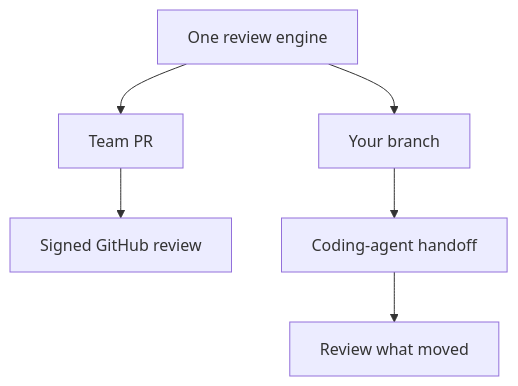
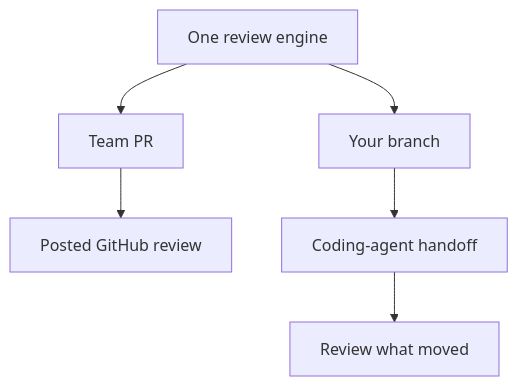
The second of 2 diagrams in docs/src/content/docs/using/guide/getting-started.md (rbutera/Rennet), drawn with Mermaid before and after one commit. The commit also changed other lines of this file and 53 other files, not shown here.

````diff
--- a/docs/src/content/docs/using/guide/getting-started.md
+++ b/docs/src/content/docs/using/guide/getting-started.md
@@ -37,9 +37,9 @@
 ```mermaid
 flowchart TD
   engine[One review engine]
   engine --> team[Team PR]
-  team --> github[Signed GitHub review]
+  team --> github[Posted GitHub review]
   engine --> yours[Your branch]
   yours --> agent[Coding-agent handoff]
   agent --> delta[Review what moved]
 ```
````
